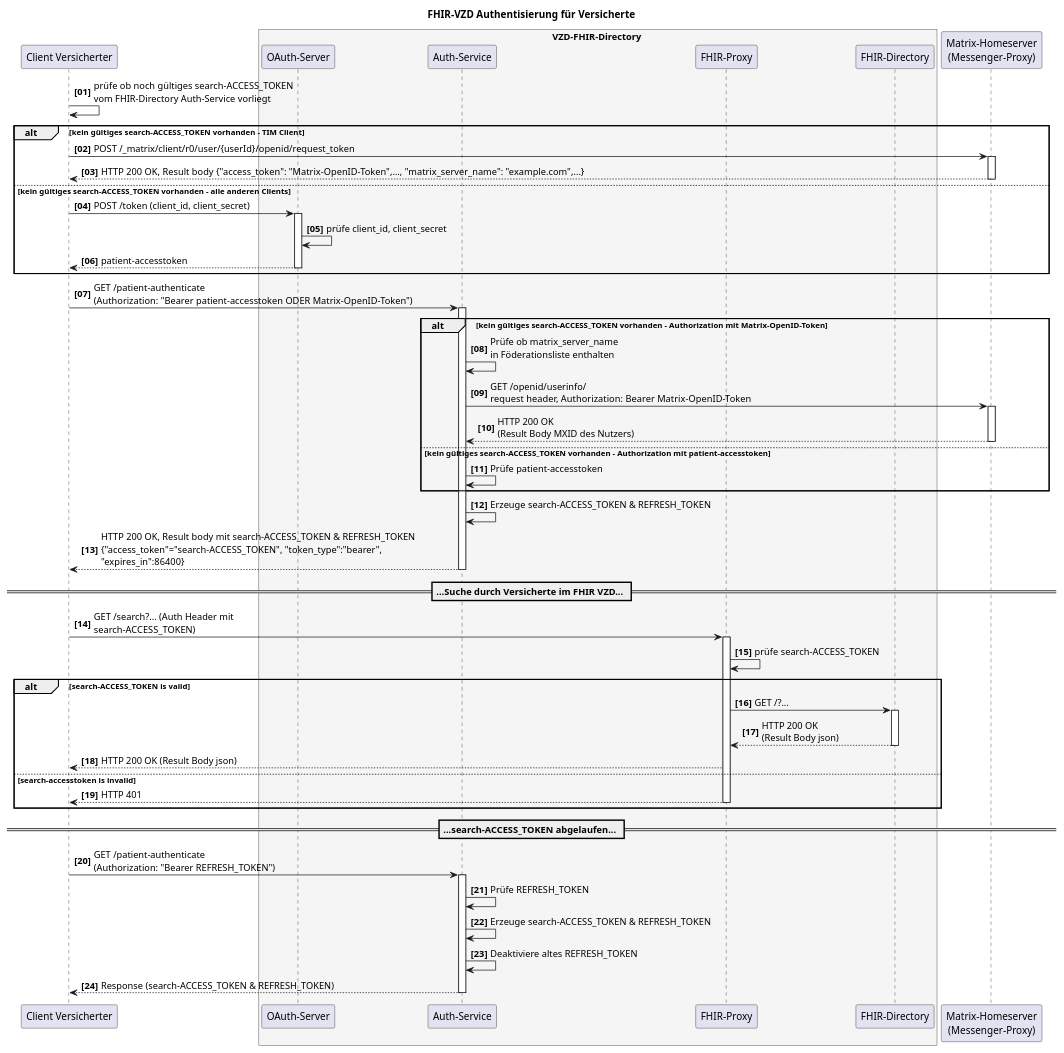
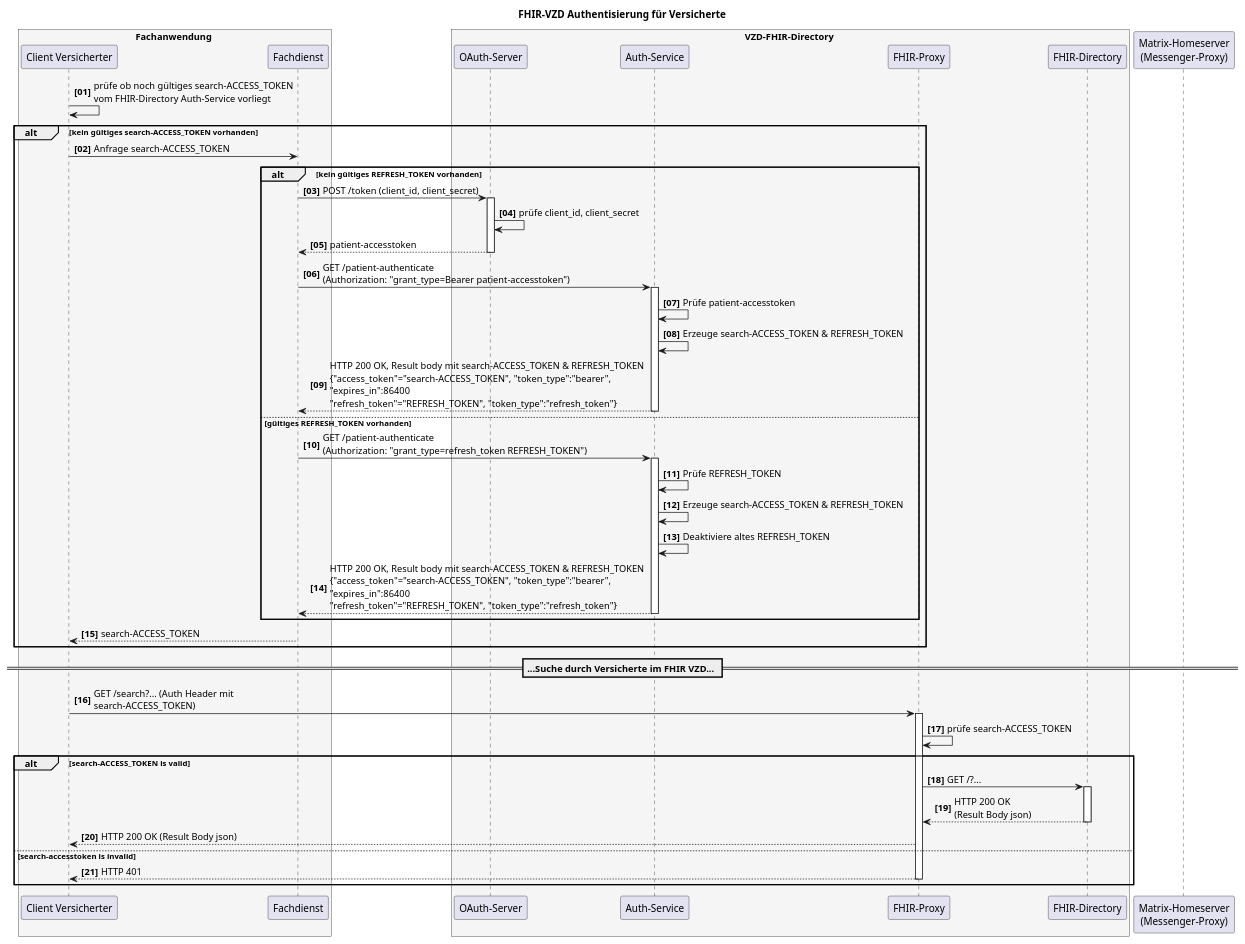
Before and after one commit to gematik/api-vzd: the diagram in src/plantuml/SequenceDiagram.FHIR-Directory.fdv.search.puml, drawn with PlantUML.

Commit message:
Update SequenceDiagram.FHIR-Directory.fdv.search.puml
Ablauf für Such durch Versicherte in Fachanwendungen

```diff
--- a/src/plantuml/SequenceDiagram.FHIR-Directory.fdv.search.puml
+++ b/src/plantuml/SequenceDiagram.FHIR-Directory.fdv.search.puml
@@ -1,77 +1,69 @@
 @startuml
 autonumber 1 1 "<b>[00]"
 title "FHIR-VZD Authentisierung für Versicherte"
 
-participant VClient as "Client Versicherter"
+
+box Fachanwendung #WhiteSmoke
+    participant VClient as "Client Versicherter"
+    participant FDienst as "Fachdienst"
+end box
 
 box VZD-FHIR-Directory #WhiteSmoke
     participant "OAuth-Server" as VzdOAuth
     participant "Auth-Service" as VzdAuth
     participant fp as "FHIR-Proxy"
     participant fd as "FHIR-Directory"
 end box
 
 participant hs as "Matrix-Homeserver\n(Messenger-Proxy)"
 
 VClient-> VClient: prüfe ob noch gültiges search-ACCESS_TOKEN\nvom FHIR-Directory Auth-Service vorliegt
 
-alt kein gültiges search-ACCESS_TOKEN vorhanden - TIM Client
-VClient-> hs: POST /_matrix/client/r0/user/{userId}/openid/request_token
-activate hs
-hs --> VClient: HTTP 200 OK, Result body {"access_token": "Matrix-OpenID-Token",..., "matrix_server_name": "example.com",...}
-deactivate hs
- else kein gültiges search-ACCESS_TOKEN vorhanden - alle anderen Clients
-VClient->VzdOAuth++: POST /token (client_id, client_secret)
+alt kein gültiges search-ACCESS_TOKEN vorhanden
+VClient-> FDienst: Anfrage search-ACCESS_TOKEN
+
+alt kein gültiges REFRESH_TOKEN vorhanden
+FDienst ->VzdOAuth++: POST /token (client_id, client_secret)
 VzdOAuth->VzdOAuth: prüfe client_id, client_secret
-VzdOAuth-->VClient: patient-accesstoken
+VzdOAuth-->FDienst: patient-accesstoken
 deactivate VzdOAuth
+
+FDienst->VzdAuth++: GET /patient-authenticate \n(Authorization: "grant_type=Bearer patient-accesstoken")
+
+VzdAuth->VzdAuth: Prüfe patient-accesstoken
+
+VzdAuth->VzdAuth: Erzeuge search-ACCESS_TOKEN & REFRESH_TOKEN
+VzdAuth-->FDienst: HTTP 200 OK, Result body mit search-ACCESS_TOKEN & REFRESH_TOKEN\n{"access_token"="search-ACCESS_TOKEN", "token_type":"bearer",\n"expires_in":86400\n"refresh_token"="REFRESH_TOKEN", "token_type":"refresh_token"}
+deactivate VzdAuth
+ else gültiges REFRESH_TOKEN vorhanden
+FDienst->VzdAuth++: GET /patient-authenticate \n(Authorization: "grant_type=refresh_token REFRESH_TOKEN")
+
+VzdAuth->VzdAuth: Prüfe REFRESH_TOKEN
+
+VzdAuth->VzdAuth: Erzeuge search-ACCESS_TOKEN & REFRESH_TOKEN
+VzdAuth->VzdAuth: Deaktiviere altes REFRESH_TOKEN
+VzdAuth-->FDienst: HTTP 200 OK, Result body mit search-ACCESS_TOKEN & REFRESH_TOKEN\n{"access_token"="search-ACCESS_TOKEN", "token_type":"bearer",\n"expires_in":86400\n"refresh_token"="REFRESH_TOKEN", "token_type":"refresh_token"}
+deactivate VzdAuth
 end
 
-VClient->VzdAuth++: GET /patient-authenticate \n(Authorization: "Bearer patient-accesstoken ODER Matrix-OpenID-Token")
-
-alt kein gültiges search-ACCESS_TOKEN vorhanden - Authorization mit Matrix-OpenID-Token
-
-VzdAuth-> VzdAuth: Prüfe ob matrix_server_name\nin Föderationsliste enthalten
-VzdAuth-> hs: GET /openid/userinfo/\nrequest header, Authorization: Bearer Matrix-OpenID-Token
-activate hs
-hs --> VzdAuth: HTTP 200 OK\n(Result Body MXID des Nutzers)
-deactivate hs
-
- else kein gültiges search-ACCESS_TOKEN vorhanden - Authorization mit patient-accesstoken
-
-VzdAuth->VzdAuth: Prüfe patient-accesstoken
+FDienst-->VClient: search-ACCESS_TOKEN
 end
-
-VzdAuth->VzdAuth: Erzeuge search-ACCESS_TOKEN & REFRESH_TOKEN
-VzdAuth--> VClient: HTTP 200 OK, Result body mit search-ACCESS_TOKEN & REFRESH_TOKEN\n{"access_token"="search-ACCESS_TOKEN", "token_type":"bearer",\n"expires_in":86400}
-deactivate VzdAuth
 
 == ...Suche durch Versicherte im FHIR VZD... ==
 
 VClient -> fp: GET /search?... (Auth Header mit\nsearch-ACCESS_TOKEN)
 activate fp
 fp -> fp: prüfe search-ACCESS_TOKEN
 
 alt search-ACCESS_TOKEN is valid
 fp -> fd: GET /?...
 activate fd
 fd --> fp: HTTP 200 OK\n(Result Body json)
 deactivate fd
 fp --> VClient : HTTP 200 OK (Result Body json)
 else search-accesstoken is invalid
 fp --> VClient : HTTP 401
 deactivate fp
 end
 
-== ...search-ACCESS_TOKEN abgelaufen... ==
-
-VClient->VzdAuth++: GET /patient-authenticate \n(Authorization: "Bearer REFRESH_TOKEN")
-VzdAuth->VzdAuth: Prüfe REFRESH_TOKEN
-VzdAuth->VzdAuth: Erzeuge search-ACCESS_TOKEN & REFRESH_TOKEN
-VzdAuth->VzdAuth: Deaktiviere altes REFRESH_TOKEN
-
-VzdAuth-->VClient: Response (search-ACCESS_TOKEN & REFRESH_TOKEN)
-deactivate VzdAuth
-deactivate VzdAuth
-
 @enduml
```
